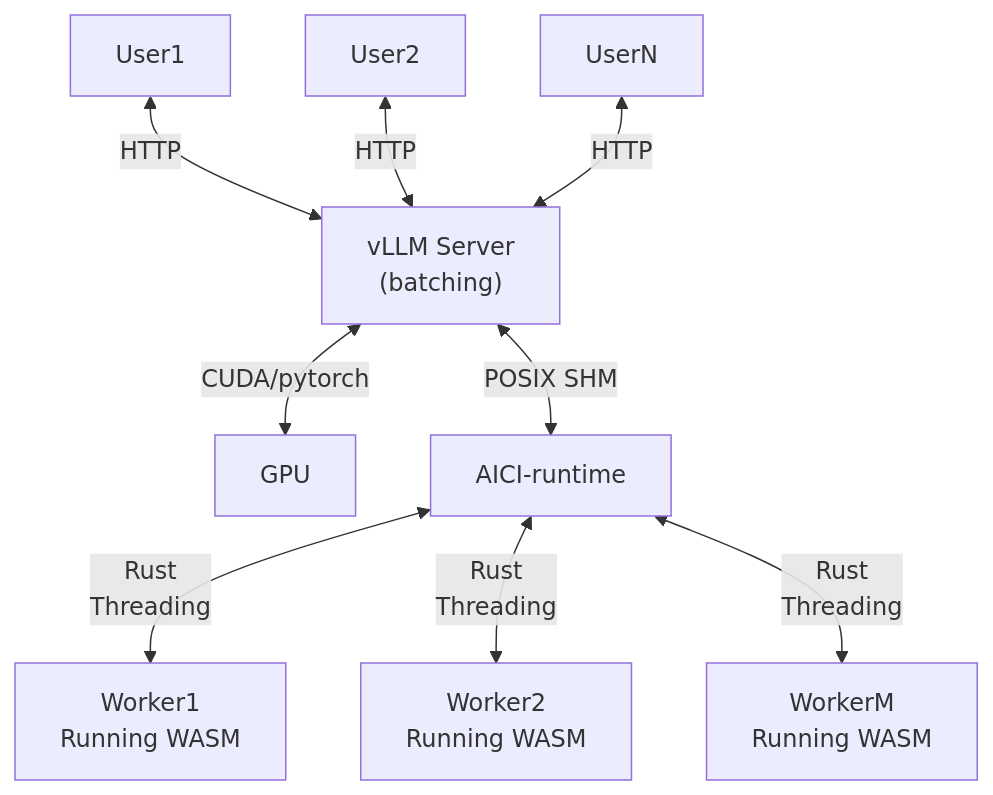
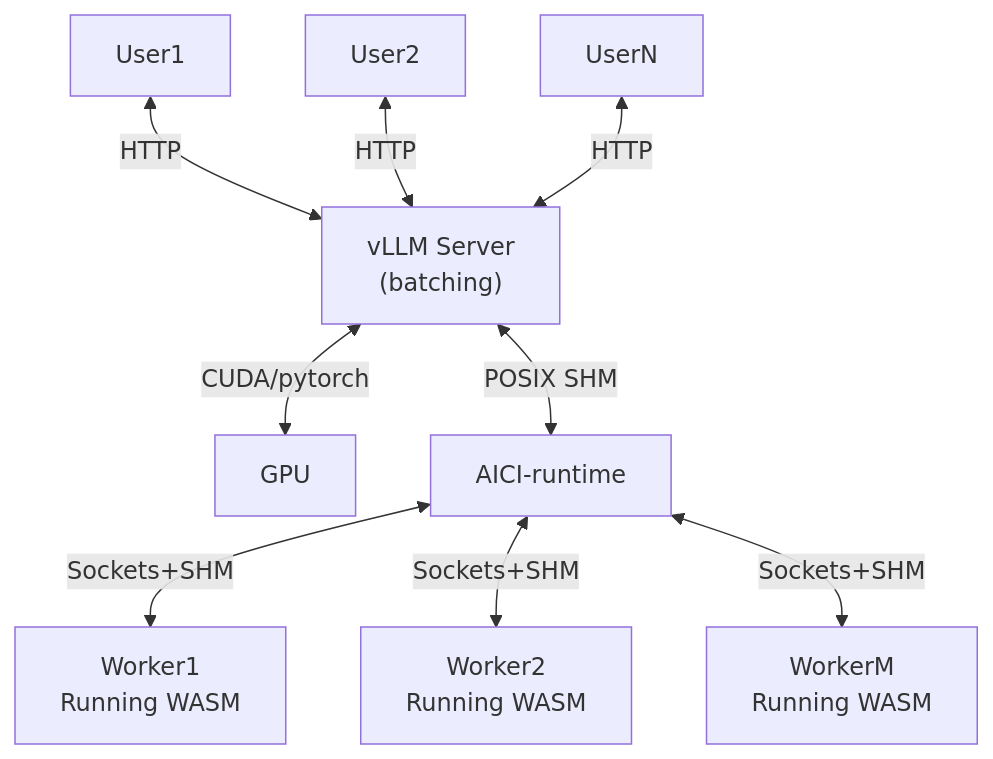
One commit to microsoft/aici changed the first of 3 diagrams in README.md. Above: the diagram before and after it, drawn with Mermaid.

````diff
--- a/README.md
+++ b/README.md
@@ -50,11 +50,11 @@
 ```mermaid
 graph TD
     User1 <-- HTTP --> vLLM
     User2 <-- HTTP --> vLLM
     UserN <-- HTTP --> vLLM["vLLM Server<br>(batching)"]
     vLLM <-- CUDA/pytorch --> GPU
     vLLM <-- POSIX SHM --> aicirt[AICI-runtime]
-    aicirt <-- Rust<br>Threading --> Worker1[Worker1<br>Running WASM]
-    aicirt <-- Rust<br>Threading --> Worker2[Worker2<br>Running WASM]
-    aicirt <-- Rust<br>Threading --> WorkerM[WorkerM<br>Running WASM]
+    aicirt <-- Sockets+SHM --> Worker1[Worker1<br>Running WASM]
+    aicirt <-- Sockets+SHM --> Worker2[Worker2<br>Running WASM]
+    aicirt <-- Sockets+SHM --> WorkerM[WorkerM<br>Running WASM]
 ```
````
